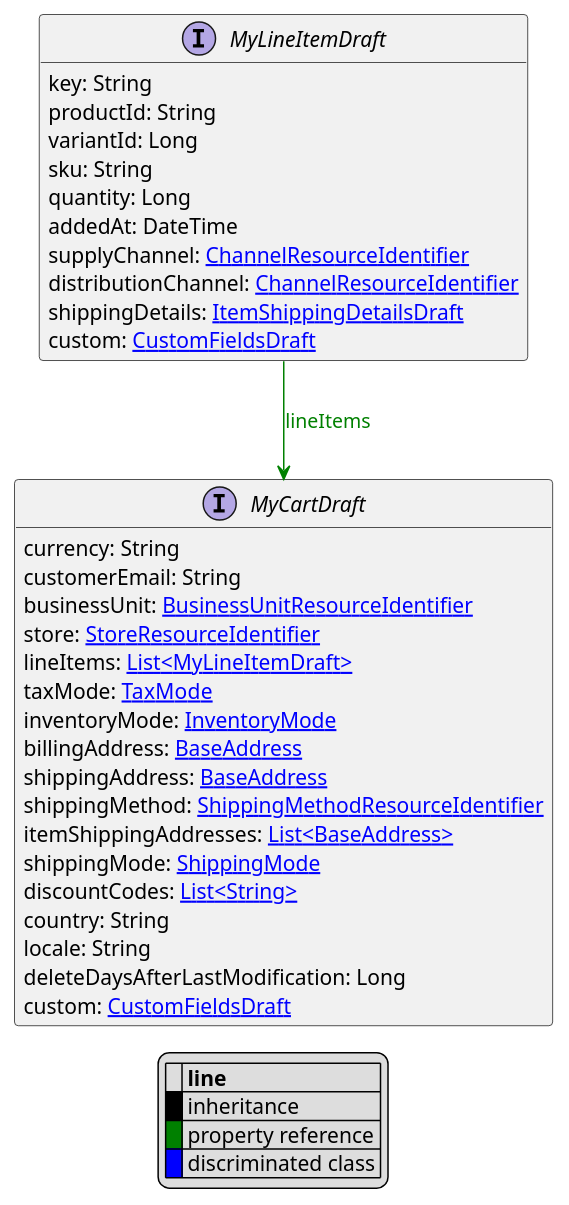
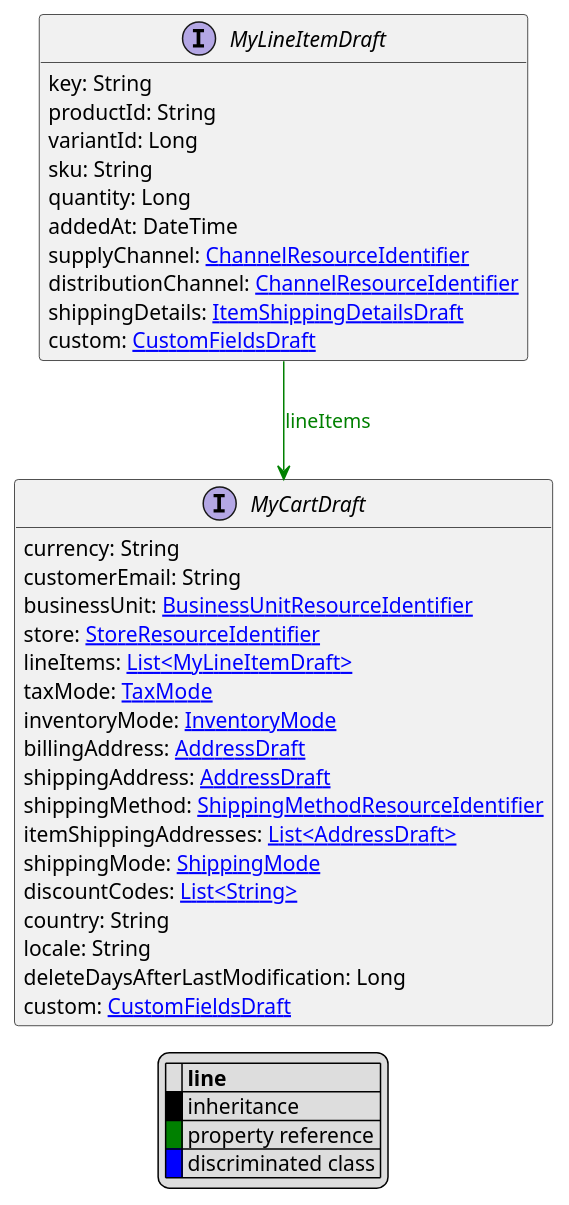
The diagram in uml/api/MyLineItemDraft.puml (commercetools/commercetools-api-reference), drawn with PlantUML before and after one commit. The commit also changed 204 other files, not shown here.

```diff
--- a/uml/api/MyLineItemDraft.puml
+++ b/uml/api/MyLineItemDraft.puml
@@ -1,47 +1,47 @@
 @startuml
 
 hide empty fields
 hide empty methods
 legend
 |= |= line |
 |<back:black>   </back>| inheritance |
 |<back:green>   </back>| property reference |
 |<back:blue>   </back>| discriminated class |
 endlegend
 interface MyLineItemDraft [[MyLineItemDraft.svg]]  {
     key: String
     productId: String
     variantId: Long
     sku: String
     quantity: Long
     addedAt: DateTime
     supplyChannel: [[ChannelResourceIdentifier.svg ChannelResourceIdentifier]]
     distributionChannel: [[ChannelResourceIdentifier.svg ChannelResourceIdentifier]]
     shippingDetails: [[ItemShippingDetailsDraft.svg ItemShippingDetailsDraft]]
     custom: [[CustomFieldsDraft.svg CustomFieldsDraft]]
 }
 
 
 
 interface MyCartDraft [[MyCartDraft.svg]]  {
     currency: String
     customerEmail: String
     businessUnit: [[BusinessUnitResourceIdentifier.svg BusinessUnitResourceIdentifier]]
     store: [[StoreResourceIdentifier.svg StoreResourceIdentifier]]
     lineItems: [[MyLineItemDraft.svg List<MyLineItemDraft>]]
     taxMode: [[TaxMode.svg TaxMode]]
     inventoryMode: [[InventoryMode.svg InventoryMode]]
-    billingAddress: [[BaseAddress.svg BaseAddress]]
-    shippingAddress: [[BaseAddress.svg BaseAddress]]
+    billingAddress: [[AddressDraft.svg AddressDraft]]
+    shippingAddress: [[AddressDraft.svg AddressDraft]]
     shippingMethod: [[ShippingMethodResourceIdentifier.svg ShippingMethodResourceIdentifier]]
-    itemShippingAddresses: [[BaseAddress.svg List<BaseAddress>]]
+    itemShippingAddresses: [[AddressDraft.svg List<AddressDraft>]]
     shippingMode: [[ShippingMode.svg ShippingMode]]
     discountCodes: [[String.svg List<String>]]
     country: String
     locale: String
     deleteDaysAfterLastModification: Long
     custom: [[CustomFieldsDraft.svg CustomFieldsDraft]]
 }
 
 MyLineItemDraft --> MyCartDraft #green;text:green : "lineItems"
 @enduml
```
